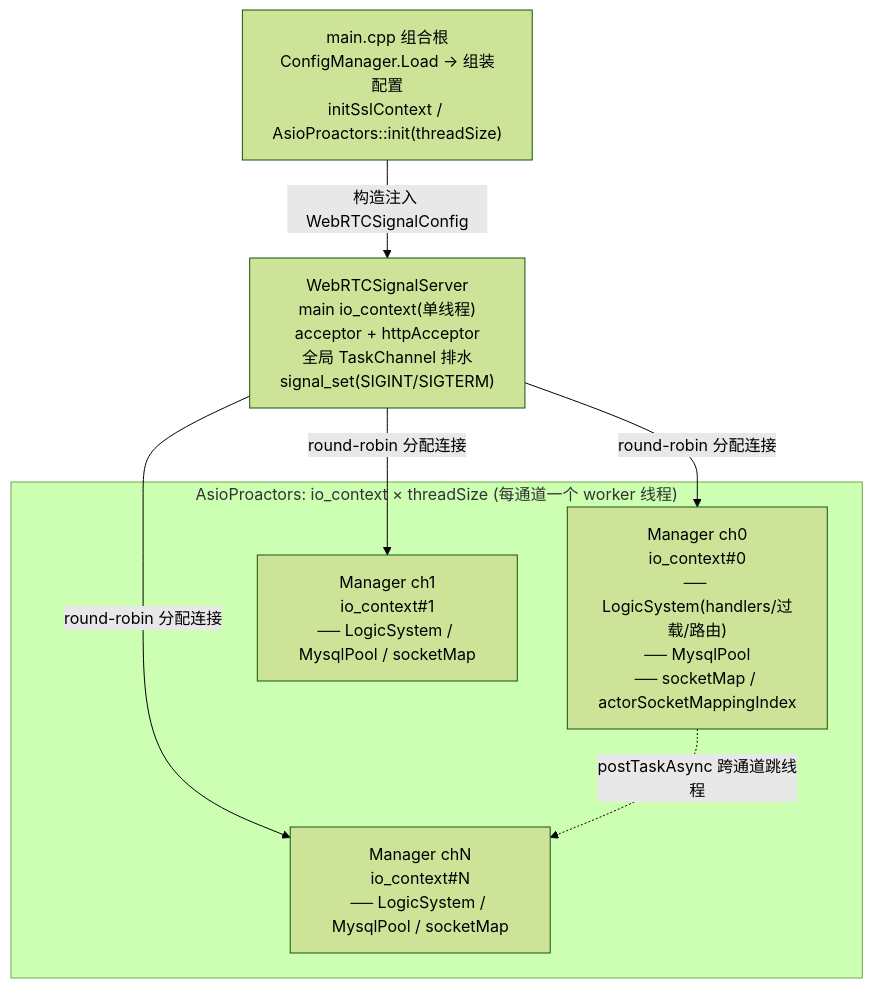
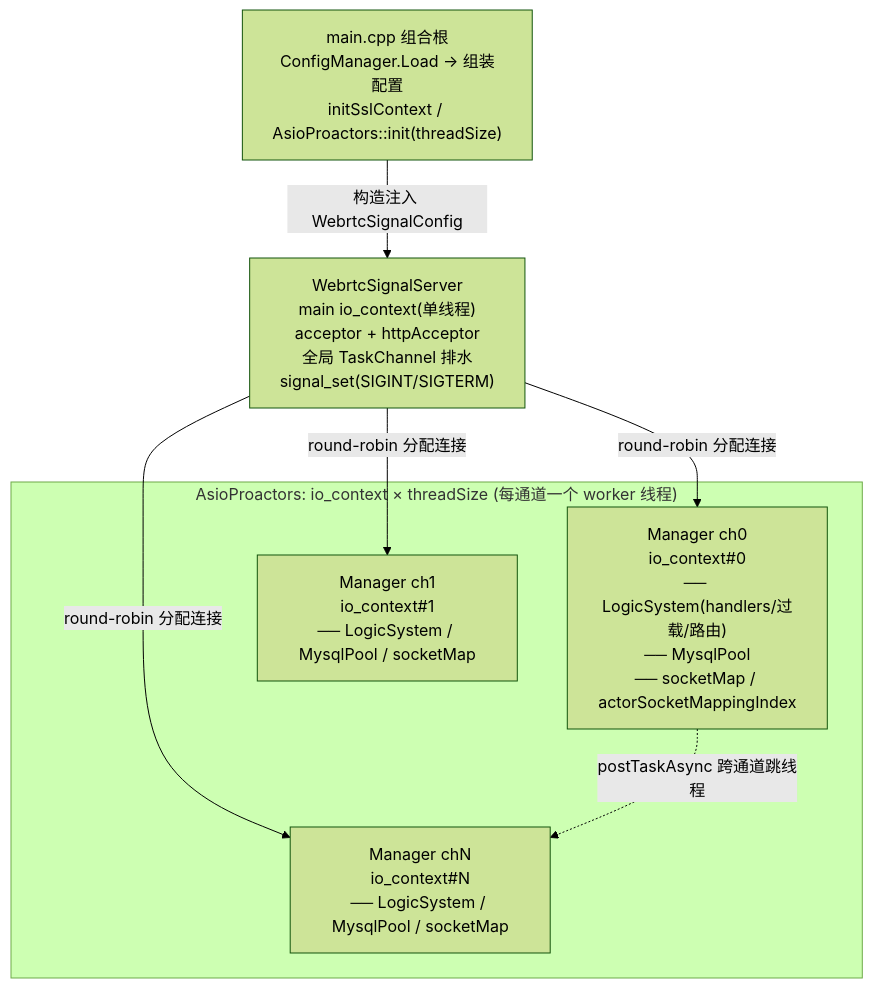
The first of 5 diagrams in webrtc-signal-server.md (HopeTiga/HopeDesk), drawn with Mermaid (forest theme) before and after one commit. The commit also changed other lines of this file, not shown here.

````diff
--- a/webrtc-signal-server.md
+++ b/webrtc-signal-server.md
@@ -61,17 +61,17 @@
 ```mermaid
 flowchart TB
   main["main.cpp 组合根<br/>ConfigManager.Load → 组装配置<br/>initSslContext / AsioProactors::init(threadSize)"]
-  server["WebRTCSignalServer<br/>main io_context(单线程)<br/>acceptor + httpAcceptor<br/>全局 TaskChannel 排水<br/>signal_set(SIGINT/SIGTERM)"]
-  main -->|"构造注入 WebRTCSignalConfig"| server
+  server["WebrtcSignalServer<br/>main io_context(单线程)<br/>acceptor + httpAcceptor<br/>全局 TaskChannel 排水<br/>signal_set(SIGINT/SIGTERM)"]
+  main -->|"构造注入 WebrtcSignalConfig"| server
 
   subgraph pool["AsioProactors: io_context × threadSize (每通道一个 worker 线程)"]
     ch0["Manager ch0<br/>io_context#0<br/>── LogicSystem(handlers/过载/路由)<br/>── MysqlPool<br/>── socketMap / actorSocketMappingIndex"]
     ch1["Manager ch1<br/>io_context#1<br/>── LogicSystem / MysqlPool / socketMap"]
     chN["Manager chN<br/>io_context#N<br/>── LogicSystem / MysqlPool / socketMap"]
   end
 
   server -->|round-robin 分配连接| ch0
   server -->|round-robin 分配连接| ch1
   server -->|round-robin 分配连接| chN
   ch0 -.->|postTaskAsync 跨通道跳线程| chN
 ```
````
